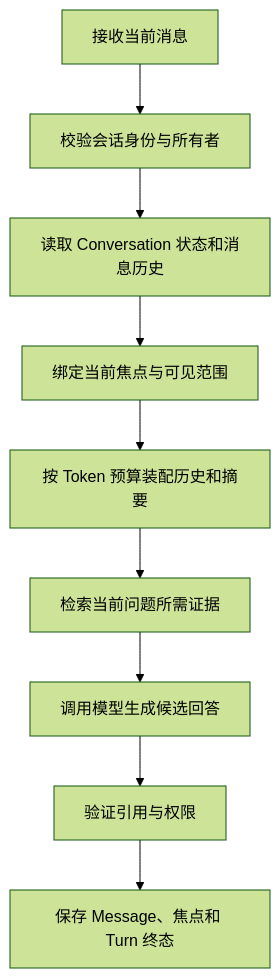
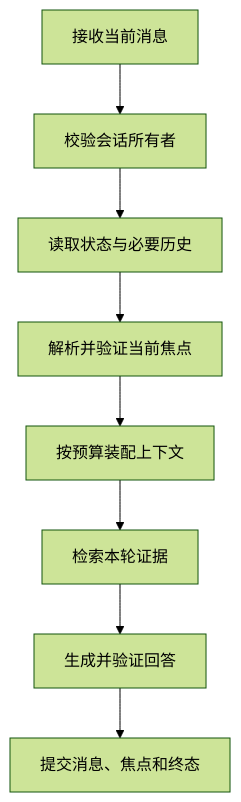
Before and after one commit to upJiang/jiang-blog-vitepress: the diagram in docs/ai-agent/multi-turn-conversation-design.md, drawn with Mermaid (forest theme). The commit also changed other lines of this file and 365 other files, not shown here.

````diff
--- a/docs/ai-agent/multi-turn-conversation-design.md
+++ b/docs/ai-agent/multi-turn-conversation-design.md
@@ -42,11 +46,10 @@
 ```mermaid
 flowchart TD
-  A[接收当前消息] --> B[校验会话身份与所有者]
-  B --> C[读取 Conversation 状态和消息历史]
-  C --> D[绑定当前焦点与可见范围]
-  D --> E[按 Token 预算装配历史和摘要]
-  E --> F[检索当前问题所需证据]
-  F --> G[调用模型生成候选回答]
-  G --> H[验证引用与权限]
-  H --> I[保存 Message、焦点和 Turn 终态]
+    A[接收当前消息] --> B[校验会话所有者]
+    B --> C[读取状态与必要历史]
+    C --> D[解析并验证当前焦点]
+    D --> E[按预算装配上下文]
+    E --> F[检索本轮证据]
+    F --> G[生成并验证回答]
+    G --> H[提交消息、焦点和终态]
 ```
````
